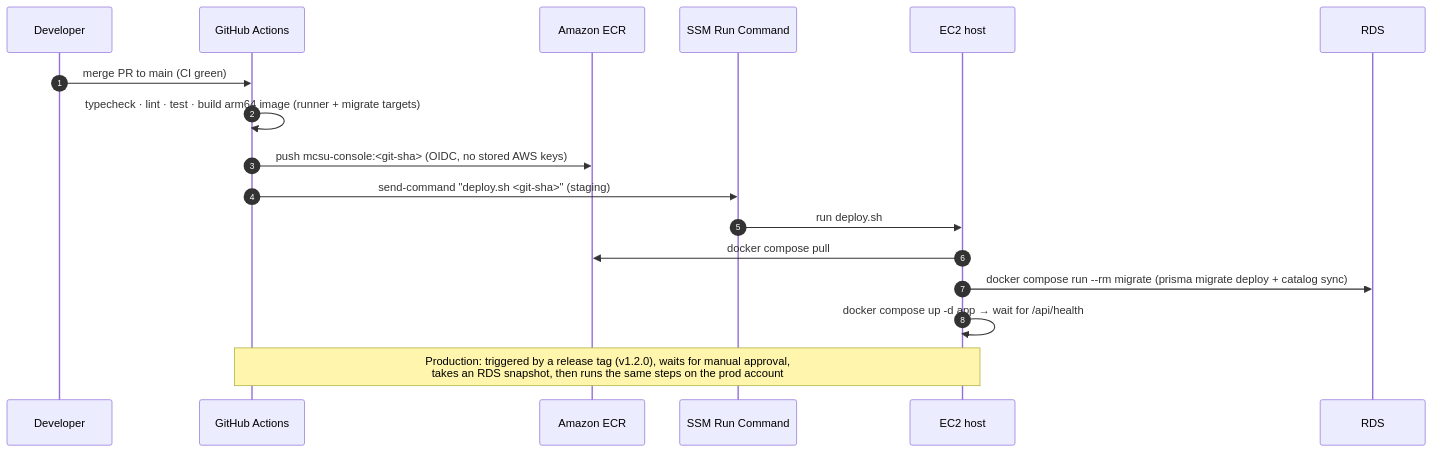
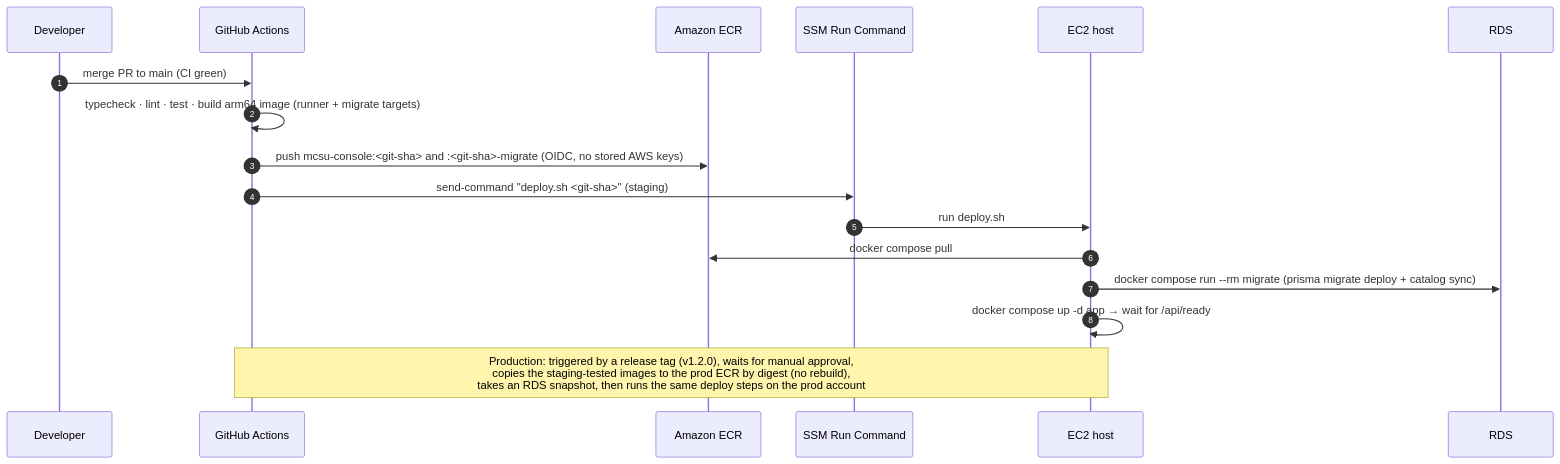
The second of 2 diagrams in docs/11-aws-deployment.md (ryan-santiago/mcsu-console), drawn with Mermaid before and after one commit. The commit also changed other lines of this file and 36 other files, not shown here.

````diff
--- a/docs/11-aws-deployment.md
+++ b/docs/11-aws-deployment.md
@@ -114,20 +114,20 @@
 ```mermaid
 sequenceDiagram
   autonumber
   participant Dev as Developer
   participant GH as GitHub Actions
   participant ECR as Amazon ECR
   participant SSM as SSM Run Command
   participant EC2 as EC2 host
   participant RDS as RDS
 
   Dev->>GH: merge PR to main (CI green)
   GH->>GH: typecheck · lint · test · build arm64 image (runner + migrate targets)
-  GH->>ECR: push mcsu-console:<git-sha> (OIDC, no stored AWS keys)
+  GH->>ECR: push mcsu-console:<git-sha> and :<git-sha>-migrate (OIDC, no stored AWS keys)
   GH->>SSM: send-command "deploy.sh <git-sha>" (staging)
   SSM->>EC2: run deploy.sh
   EC2->>ECR: docker compose pull
   EC2->>RDS: docker compose run --rm migrate (prisma migrate deploy + catalog sync)
-  EC2->>EC2: docker compose up -d app → wait for /api/health
-  Note over GH,EC2: Production: triggered by a release tag (v1.2.0), waits for manual approval,<br/>takes an RDS snapshot, then runs the same steps on the prod account
+  EC2->>EC2: docker compose up -d app → wait for /api/ready
+  Note over GH,EC2: Production: triggered by a release tag (v1.2.0), waits for manual approval,<br/>copies the staging-tested images to the prod ECR by digest (no rebuild),<br/>takes an RDS snapshot, then runs the same deploy steps on the prod account
 ```
````
